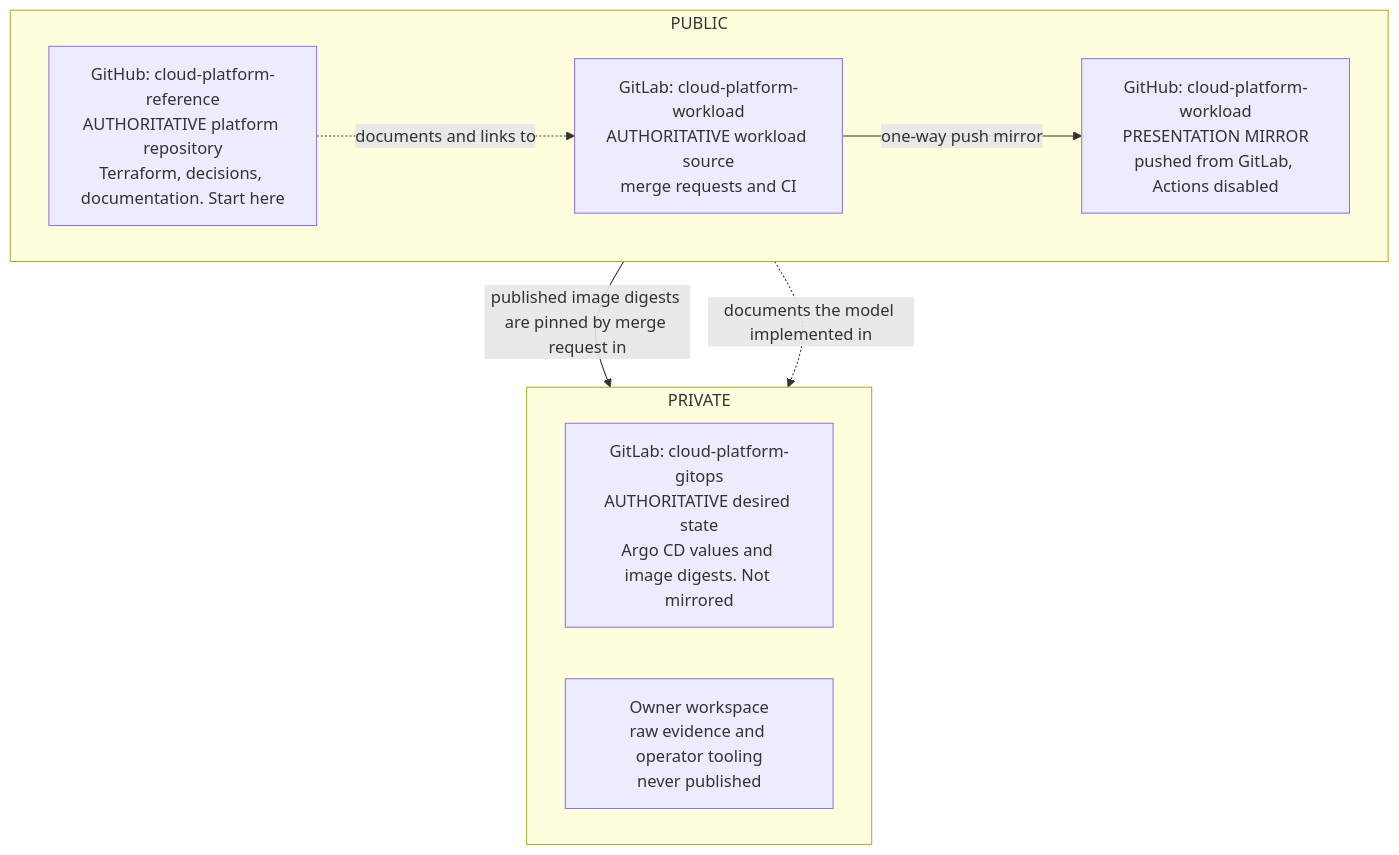
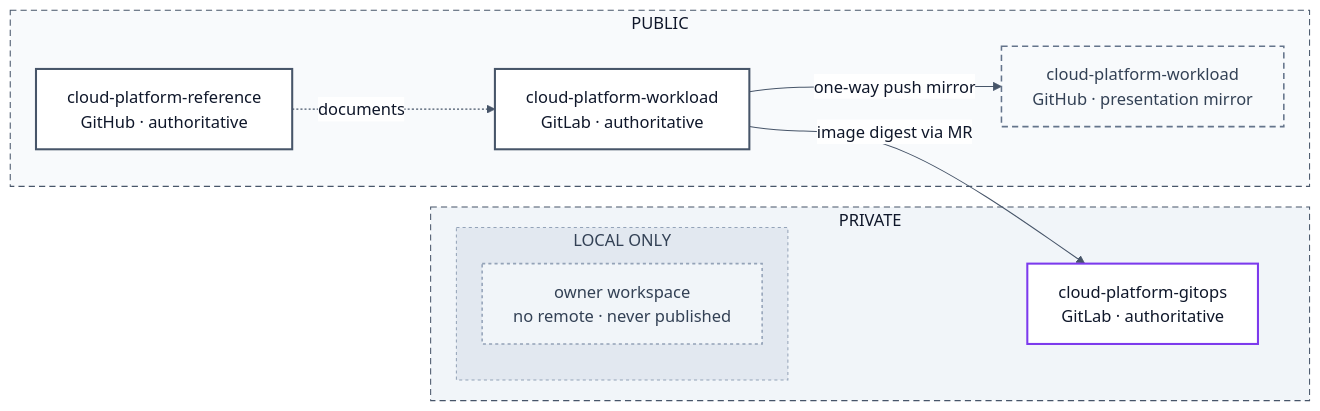
The diagram in docs/diagrams/repository-model.md (Tuhinzman/cloud-platform-reference), drawn with Mermaid before and after one commit. The commit also changed other lines of this file, not shown here.

Commit message:
docs: improve repository model diagram layout

````diff
--- a/docs/diagrams/repository-model.md
+++ b/docs/diagrams/repository-model.md
@@ -10,18 +7,40 @@
 ```mermaid
-flowchart TB
-    subgraph PUBLIC
-        direction LR
-        REF["GitHub: cloud-platform-reference<br/>AUTHORITATIVE platform repository<br/>Terraform, decisions, documentation. Start here"]
-        WL["GitLab: cloud-platform-workload<br/>AUTHORITATIVE workload source<br/>merge requests and CI"]
-        WLM["GitHub: cloud-platform-workload<br/>PRESENTATION MIRROR<br/>pushed from GitLab, Actions disabled"]
+---
+config:
+  theme: base
+  themeVariables:
+    lineColor: "#475569"
+    edgeLabelBackground: "#ffffff"
+    primaryTextColor: "#0f172a"
+  flowchart:
+    wrappingWidth: 320
+---
+flowchart LR
+    subgraph PUBLIC["PUBLIC"]
+        REF["cloud-platform-reference<br/>GitHub · authoritative"]
+        WL["cloud-platform-workload<br/>GitLab · authoritative"]
+        WLM["cloud-platform-workload<br/>GitHub · presentation mirror"]
     end
-    subgraph PRIVATE
-        direction LR
-        GO["GitLab: cloud-platform-gitops<br/>AUTHORITATIVE desired state<br/>Argo CD values and image digests. Not mirrored"]
-        OPS["Owner workspace<br/>raw evidence and operator tooling<br/>never published"]
+    subgraph PRIVATE["PRIVATE"]
+        GO["cloud-platform-gitops<br/>GitLab · authoritative"]
+        subgraph LOCAL["LOCAL ONLY"]
+            OWN["owner workspace<br/>no remote · never published"]
+        end
     end
+    REF -.->|"documents"| WL
     WL -->|"one-way push mirror"| WLM
-    WL -->|"published image digests are pinned by merge request in"| GO
-    REF -.->|"documents and links to"| WL
-    REF -.->|"documents the model implemented in"| GO
+    WL -->|"image digest via MR"| GO
+    OWN ~~~ GO
+
+    classDef repo fill:#ffffff,stroke:#475569,stroke-width:2px,color:#0f172a
+    classDef gitops fill:#ffffff,stroke:#7c3aed,stroke-width:2px,color:#0f172a
+    classDef mirror fill:#f8fafc,stroke:#64748b,stroke-width:1.5px,stroke-dasharray:6 4,color:#334155
+    classDef local fill:#f1f5f9,stroke:#94a3b8,stroke-width:1.5px,stroke-dasharray:3 3,color:#334155
+    class REF,WL repo
+    class GO gitops
+    class WLM mirror
+    class OWN local
+    style PUBLIC fill:#f8fafc,stroke:#475569,stroke-dasharray:6 4,color:#0f172a
+    style PRIVATE fill:#f1f5f9,stroke:#475569,stroke-dasharray:6 4,color:#0f172a
+    style LOCAL fill:#e2e8f0,stroke:#94a3b8,stroke-dasharray:3 3,color:#334155
 ```
````
